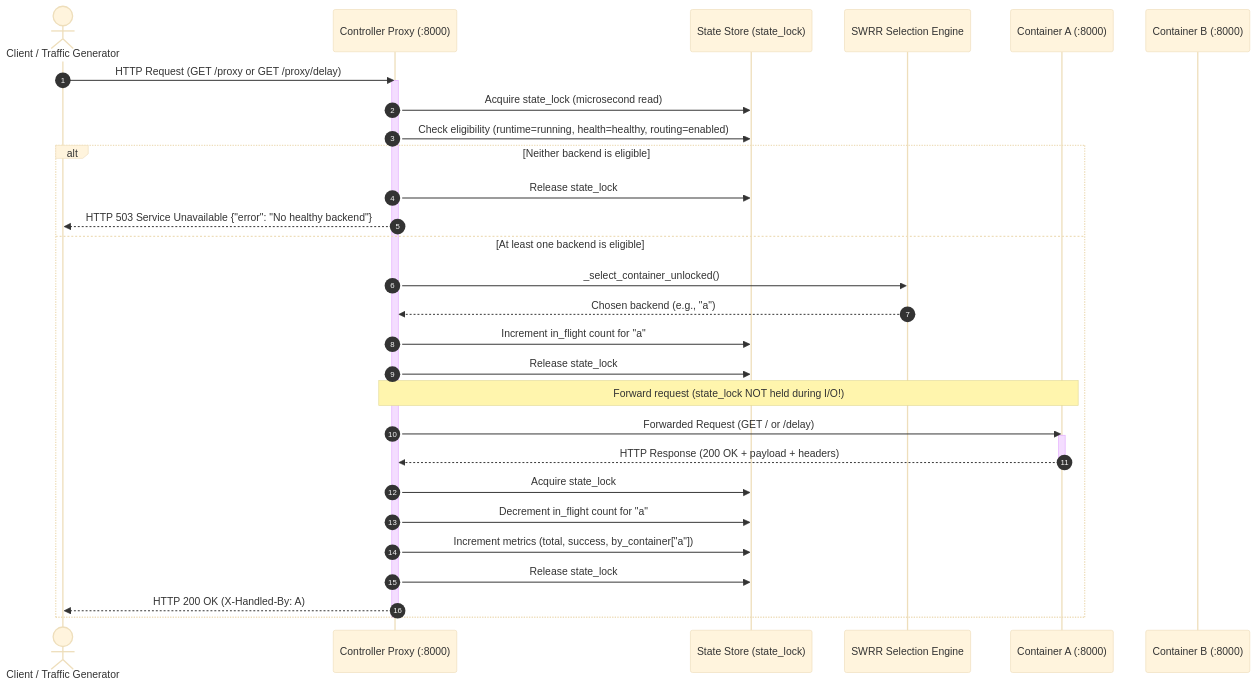
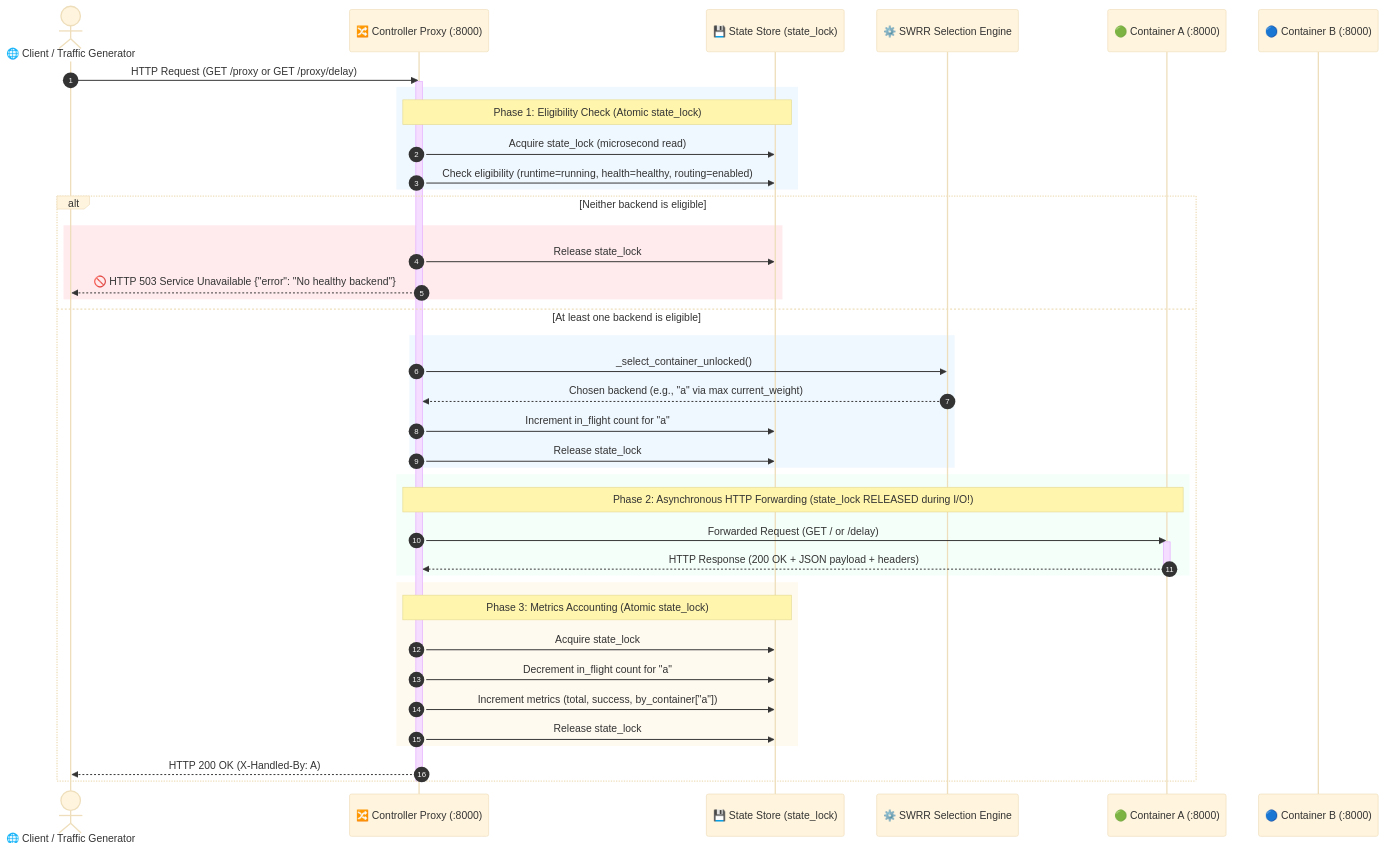
One commit to ViditMahajan/Docker-Load-Balancer-with-MCP-Controls changed the diagram in docs/LOAD_BALANCING.md. Above: the diagram before and after it, drawn with Mermaid (base theme). The commit also changed 5 other files, not shown here.

Commit message:
docs: enrich architecture and lifecycle diagrams with colorful styling, icons, and clear phase blocks

````diff
--- a/docs/LOAD_BALANCING.md
+++ b/docs/LOAD_BALANCING.md
@@ -106,39 +106,52 @@
 ```mermaid
 sequenceDiagram
     autonumber
-    actor Client as Client / Traffic Generator
-    participant Proxy as Controller Proxy (:8000)
-    participant State as State Store (state_lock)
-    participant SWRR as SWRR Selection Engine
-    participant BackendA as Container A (:8000)
-    participant BackendB as Container B (:8000)
+    actor Client as 🌐 Client / Traffic Generator
+    participant Proxy as 🔀 Controller Proxy (:8000)
+    participant State as 💾 State Store (state_lock)
+    participant SWRR as ⚙️ SWRR Selection Engine
+    participant BackendA as 🟢 Container A (:8000)
+    participant BackendB as 🔵 Container B (:8000)
 
     Client->>Proxy: HTTP Request (GET /proxy or GET /proxy/delay)
     activate Proxy
-    Proxy->>State: Acquire state_lock (microsecond read)
-    Proxy->>State: Check eligibility (runtime=running, health=healthy, routing=enabled)
+    
+    rect rgb(240, 248, 255)
+        Note over Proxy,State: Phase 1: Eligibility Check (Atomic state_lock)
+        Proxy->>State: Acquire state_lock (microsecond read)
+        Proxy->>State: Check eligibility (runtime=running, health=healthy, routing=enabled)
+    end
     
     alt Neither backend is eligible
-        Proxy->>State: Release state_lock
-        Proxy-->>Client: HTTP 503 Service Unavailable {"error": "No healthy backend"}
+        rect rgb(255, 235, 238)
+            Proxy->>State: Release state_lock
+            Proxy-->>Client: 🚫 HTTP 503 Service Unavailable {"error": "No healthy backend"}
+        end
     else At least one backend is eligible
-        Proxy->>SWRR: _select_container_unlocked()
-        SWRR-->>Proxy: Chosen backend (e.g., "a")
-        Proxy->>State: Increment in_flight count for "a"
-        Proxy->>State: Release state_lock
+        rect rgb(240, 248, 255)
+            Proxy->>SWRR: _select_container_unlocked()
+            SWRR-->>Proxy: Chosen backend (e.g., "a" via max current_weight)
+            Proxy->>State: Increment in_flight count for "a"
+            Proxy->>State: Release state_lock
+        end
         
-        Note over Proxy,BackendA: Forward request (state_lock NOT held during I/O!)
-        Proxy->>BackendA: Forwarded Request (GET / or /delay)
-        activate BackendA
-        BackendA-->>Proxy: HTTP Response (200 OK + payload + headers)
-        deactivate BackendA
+        rect rgb(245, 255, 250)
+            Note over Proxy,BackendA: Phase 2: Asynchronous HTTP Forwarding (state_lock RELEASED during I/O!)
+            Proxy->>BackendA: Forwarded Request (GET / or /delay)
+            activate BackendA
+            BackendA-->>Proxy: HTTP Response (200 OK + JSON payload + headers)
+            deactivate BackendA
+        end
         
-        Proxy->>State: Acquire state_lock
-        Proxy->>State: Decrement in_flight count for "a"
-        Proxy->>State: Increment metrics (total, success, by_container["a"])
-        Proxy->>State: Release state_lock
+        rect rgb(255, 250, 240)
+            Note over Proxy,State: Phase 3: Metrics Accounting (Atomic state_lock)
+            Proxy->>State: Acquire state_lock
+            Proxy->>State: Decrement in_flight count for "a"
+            Proxy->>State: Increment metrics (total, success, by_container["a"])
+            Proxy->>State: Release state_lock
+        end
         
         Proxy-->>Client: HTTP 200 OK (X-Handled-By: A)
     end
     deactivate Proxy
 ```
````
